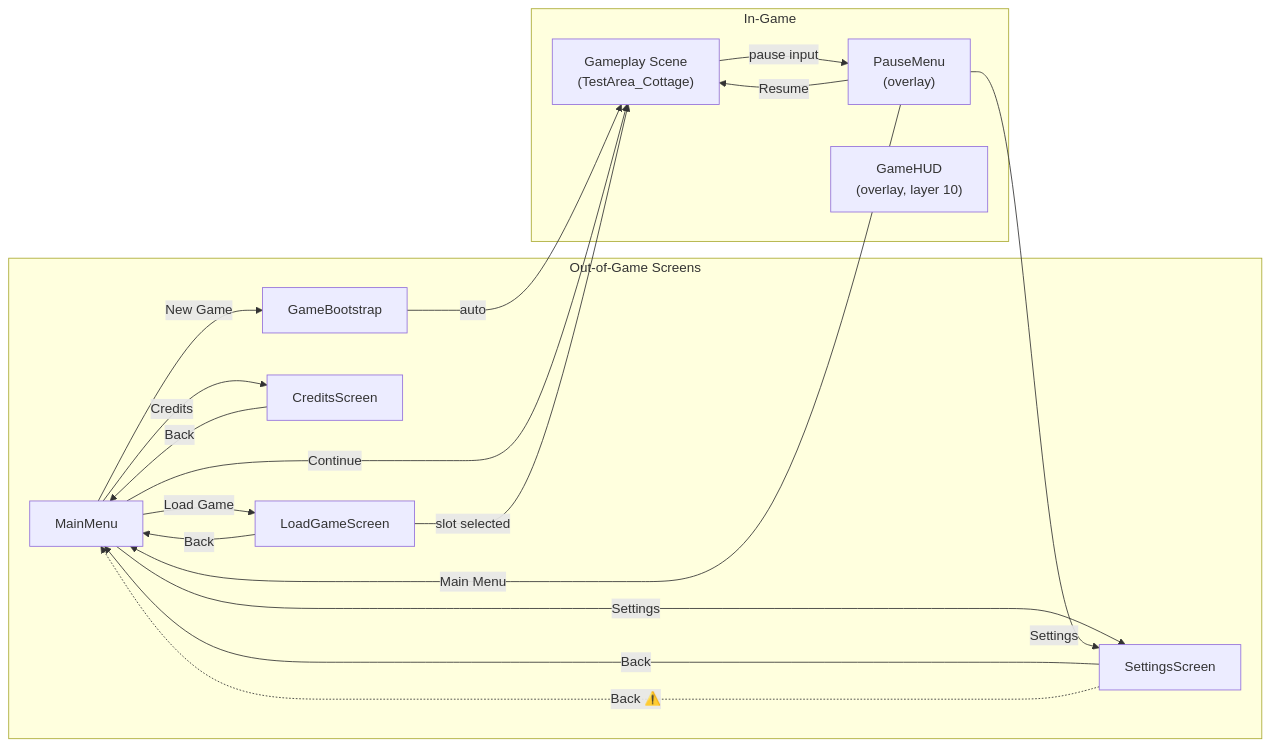
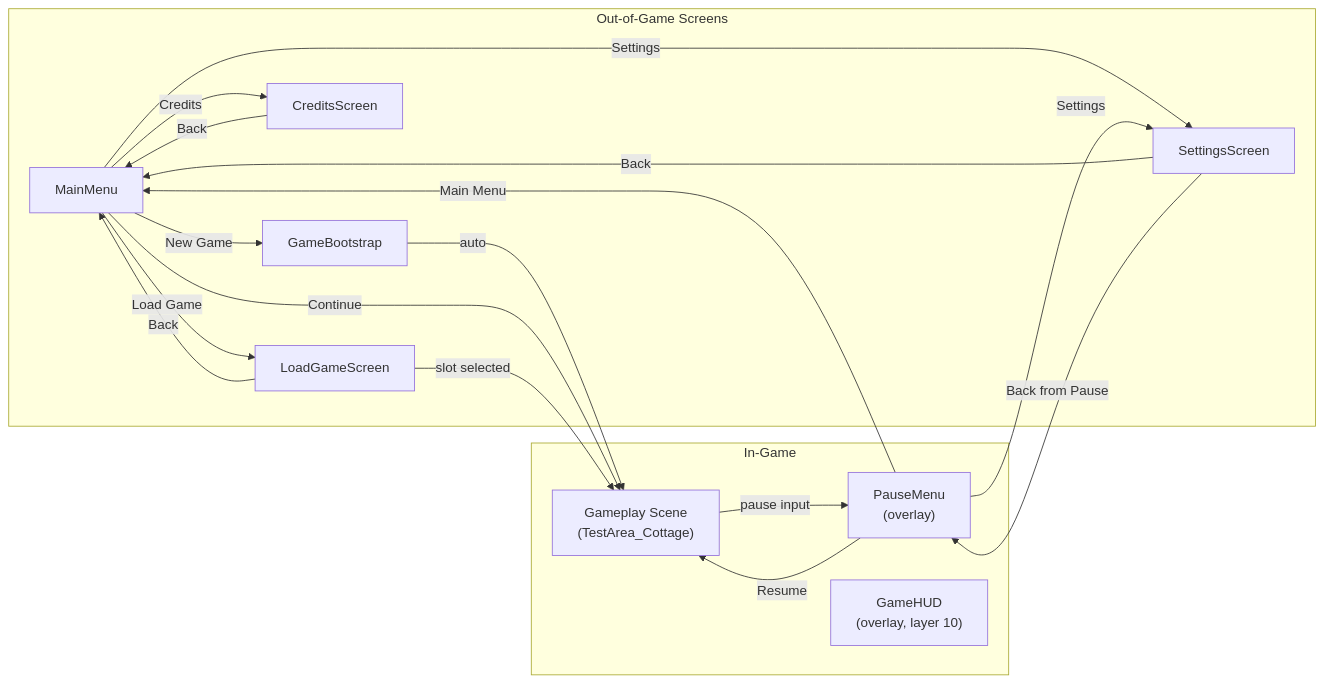
One commit to Ziomy137/EchoForest changed the third of 3 diagrams in docs/menu_flow_diagram.md. Above: the diagram before and after it, drawn with Mermaid. The commit also changed other lines of this file and 31 other files, not shown here.

````diff
--- a/docs/menu_flow_diagram.md
+++ b/docs/menu_flow_diagram.md
@@ -99,33 +99,33 @@
 ```mermaid
 flowchart LR
     subgraph "Out-of-Game Screens"
         MAIN["MainMenu"]
         LOAD["LoadGameScreen"]
         SETTINGS["SettingsScreen"]
         CREDITS["CreditsScreen"]
         BOOT["GameBootstrap"]
     end
 
     subgraph "In-Game"
         GAMEPLAY["Gameplay Scene\n(TestArea_Cottage)"]
         PAUSE["PauseMenu\n(overlay)"]
         HUD["GameHUD\n(overlay, layer 10)"]
     end
 
     MAIN -- "New Game" --> BOOT
     BOOT -- "auto" --> GAMEPLAY
     MAIN -- "Continue" --> GAMEPLAY
     MAIN -- "Load Game" --> LOAD
     LOAD -- "slot selected" --> GAMEPLAY
     MAIN -- "Settings" --> SETTINGS
     SETTINGS -- "Back" --> MAIN
     MAIN -- "Credits" --> CREDITS
     CREDITS -- "Back" --> MAIN
 
     GAMEPLAY -- "pause input" --> PAUSE
     PAUSE -- "Resume" --> GAMEPLAY
     PAUSE -- "Settings" --> SETTINGS
-    SETTINGS -. "Back ⚠️" .-> MAIN
+    SETTINGS -- "Back from Pause" --> PAUSE
     PAUSE -- "Main Menu" --> MAIN
     LOAD -- "Back" --> MAIN
 ```
````
